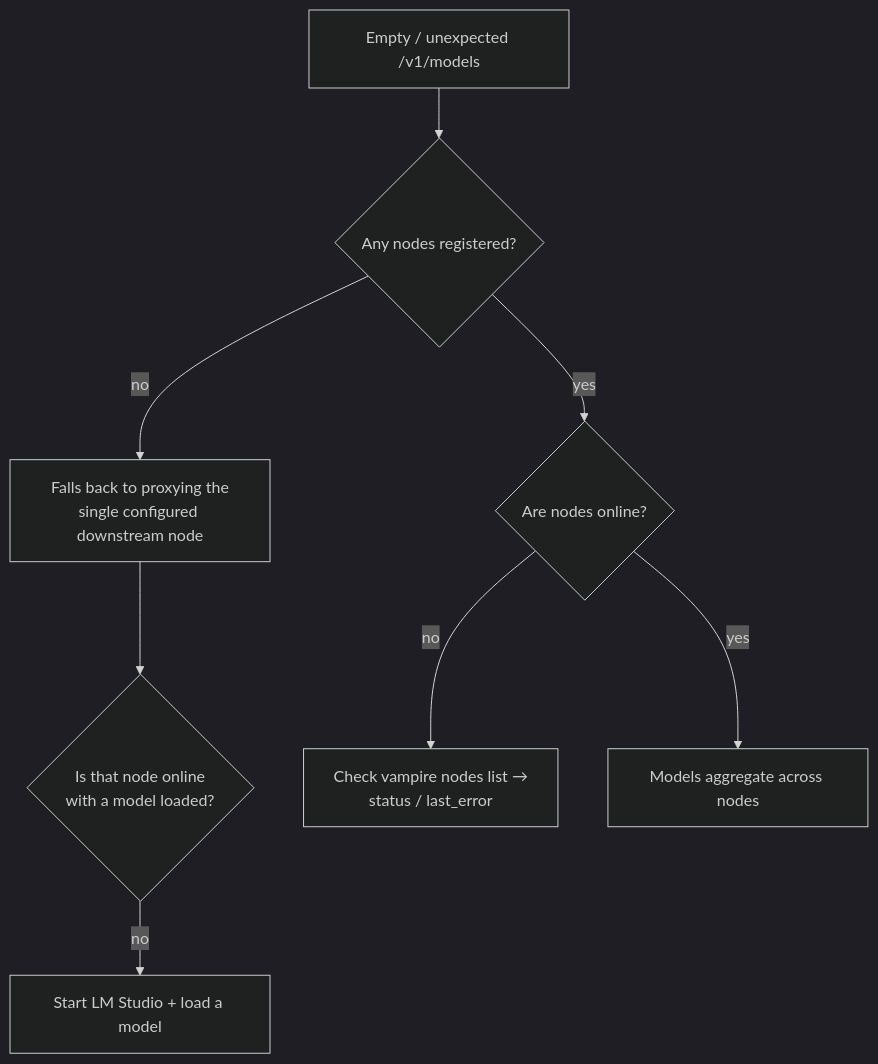
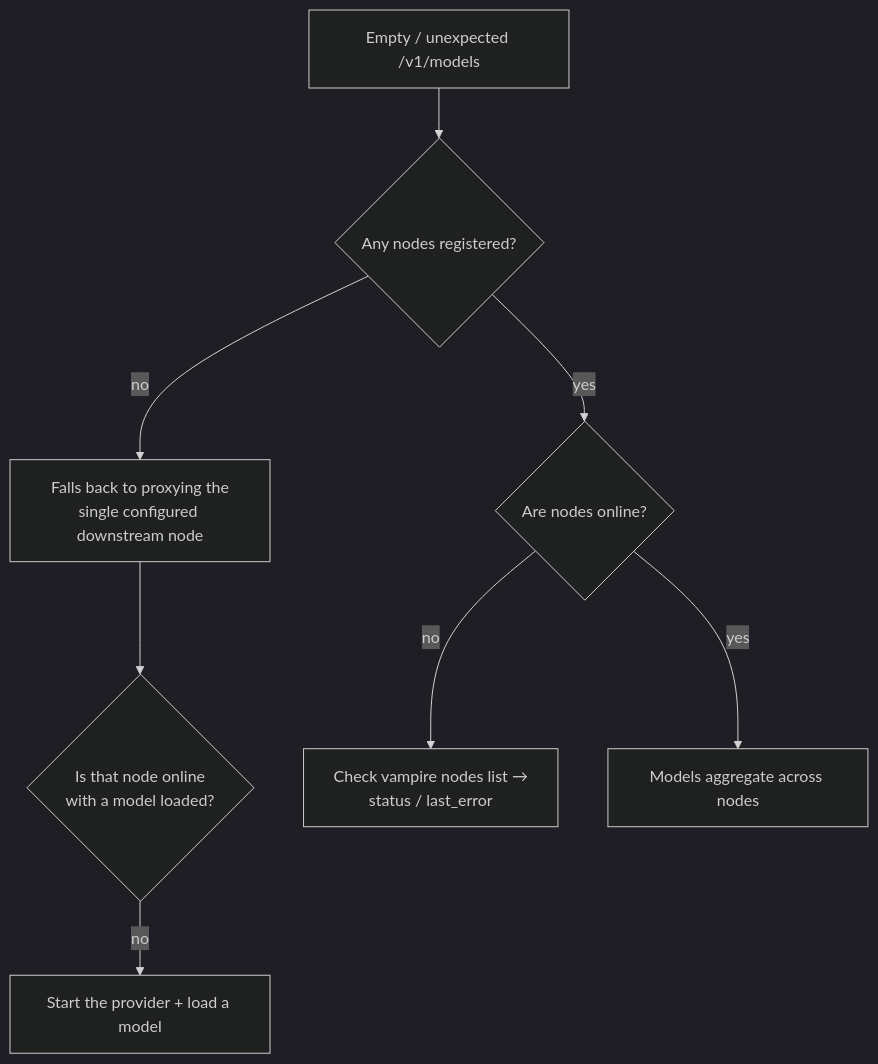
Before and after one commit to japer-technology/llm-vampire: the third of 4 diagrams in docs/manual/10-troubleshooting.md, drawn with Mermaid (dark theme). The commit also changed other lines of this file and 68 other files, not shown here.

````diff
--- a/docs/manual/10-troubleshooting.md
+++ b/docs/manual/10-troubleshooting.md
@@ -75,10 +74,10 @@
 ```mermaid
 flowchart TD
     q["Empty / unexpected /v1/models"] --> r1{"Any nodes registered?"}
     r1 -->|"no"| p["Falls back to proxying the<br/>single configured downstream node"]
     p --> r2{"Is that node online<br/>with a model loaded?"}
-    r2 -->|"no"| fix1["Start LM Studio + load a model"]
+    r2 -->|"no"| fix1["Start the provider + load a model"]
     r1 -->|"yes"| r3{"Are nodes online?"}
     r3 -->|"no"| fix2["Check vampire nodes list →<br/>status / last_error"]
     r3 -->|"yes"| ok["Models aggregate across nodes"]
 ```
````
